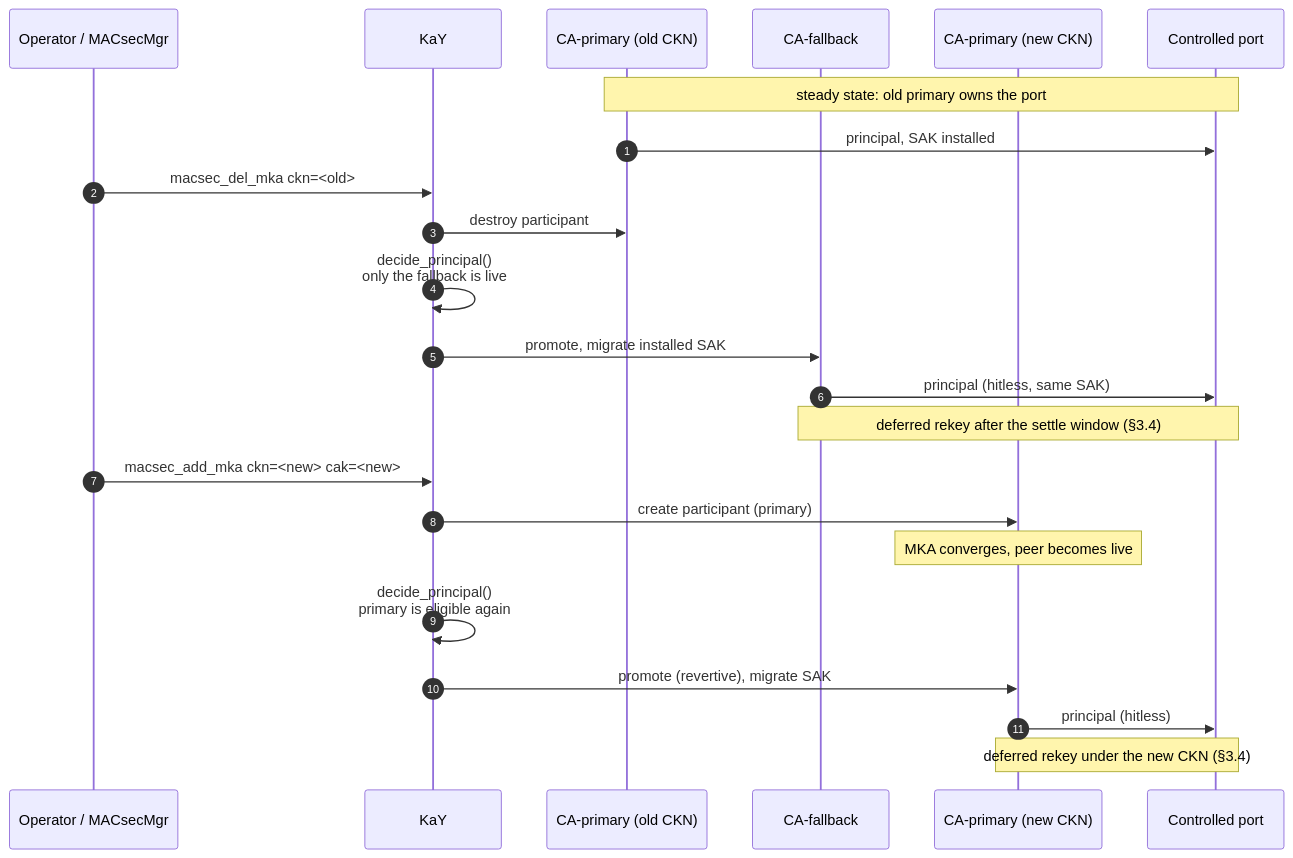
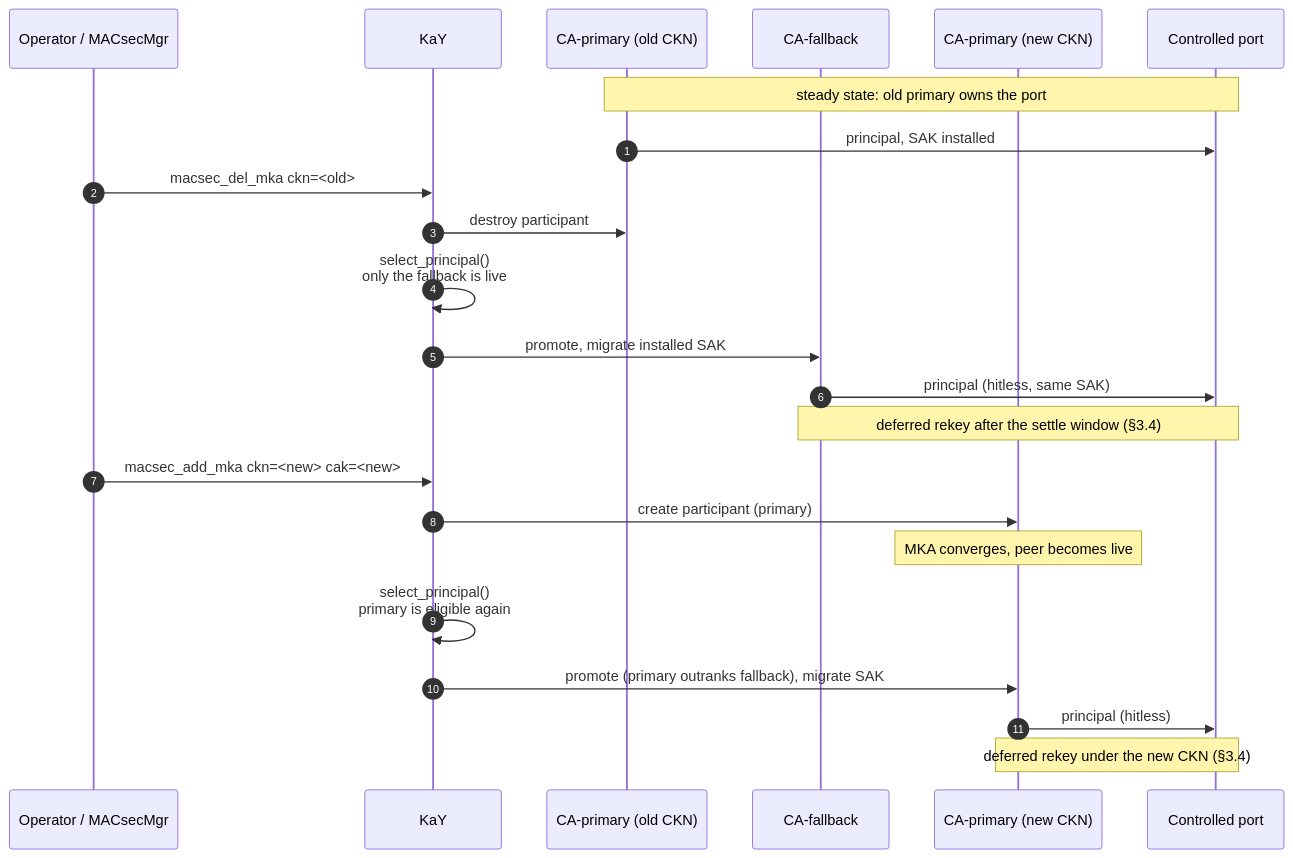
Before and after one commit to sonic-net/SONiC: the sixth of 6 diagrams in doc/macsec/MACsec_fallback_cak_hld.md, drawn with Mermaid. The commit also changed other lines of this file, not shown here.

````diff
--- a/doc/macsec/MACsec_fallback_cak_hld.md
+++ b/doc/macsec/MACsec_fallback_cak_hld.md
@@ -404,28 +474,28 @@
 ```mermaid
 sequenceDiagram
   autonumber
   participant OP as Operator / MACsecMgr
   participant KAY as KaY
   participant CA1 as CA-primary (old CKN)
   participant CAF as CA-fallback
   participant CA2 as CA-primary (new CKN)
   participant CP as Controlled port
 
   Note over CA1,CP: steady state: old primary owns the port
   CA1->>CP: principal, SAK installed
 
   OP->>KAY: macsec_del_mka ckn=<old>
   KAY->>CA1: destroy participant
-  KAY->>KAY: decide_principal() <br/>only the fallback is live
+  KAY->>KAY: select_principal() <br/>only the fallback is live
   KAY->>CAF: promote, migrate installed SAK
   CAF->>CP: principal (hitless, same SAK)
   Note over CAF,CP: deferred rekey after the settle window (§3.4)
 
   OP->>KAY: macsec_add_mka ckn=<new> cak=<new>
   KAY->>CA2: create participant (primary)
   Note over CA2: MKA converges, peer becomes live
-  KAY->>KAY: decide_principal() <br/>primary is eligible again
-  KAY->>CA2: promote (revertive), migrate SAK
+  KAY->>KAY: select_principal() <br/>primary is eligible again
+  KAY->>CA2: promote (primary outranks fallback), migrate SAK
   CA2->>CP: principal (hitless)
   Note over CA2,CP: deferred rekey under the new CKN (§3.4)
 ```
````
